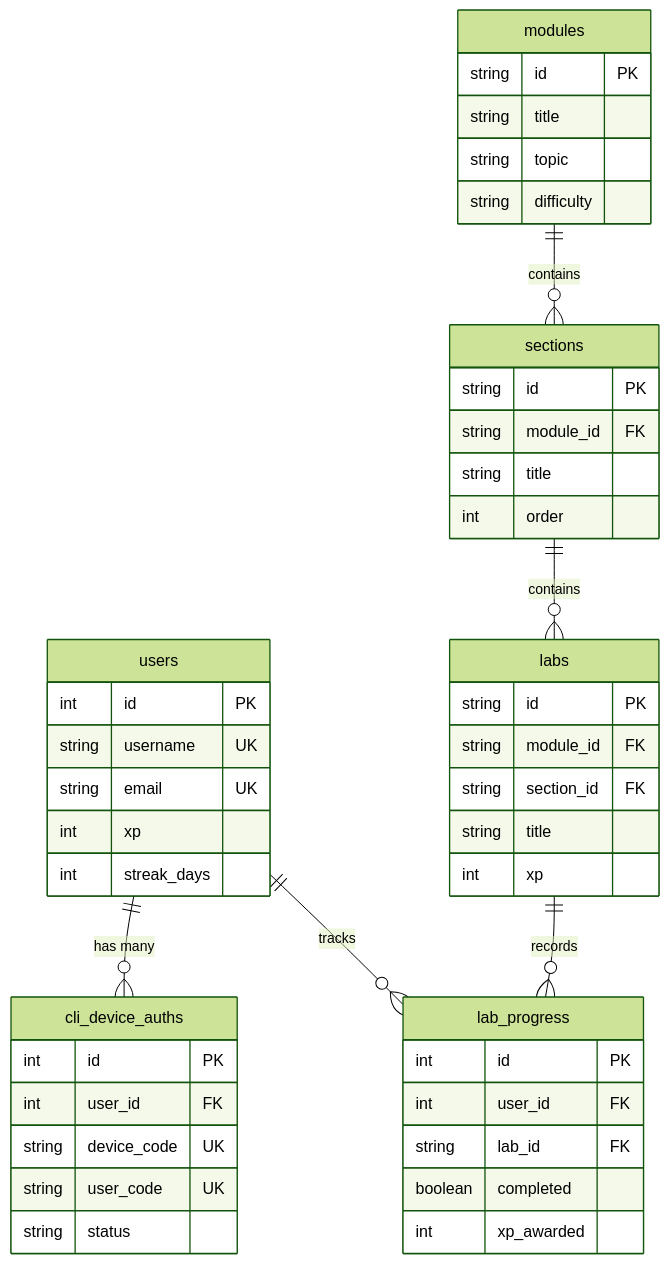
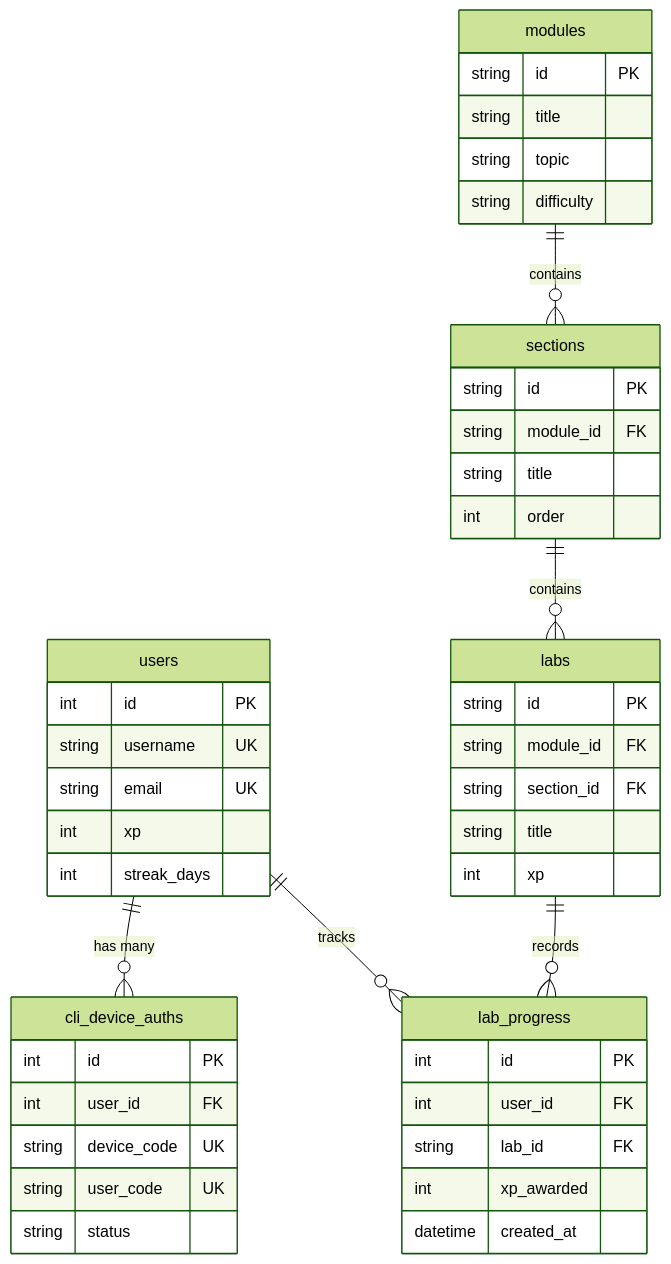
Before and after one commit to thelastdeploy/thelastdeploy: the diagram in landing/docs/architecture/database.md, drawn with Mermaid (forest theme). The commit also changed other lines of this file and 6 other files, not shown here.

````diff
--- a/landing/docs/architecture/database.md
+++ b/landing/docs/architecture/database.md
@@ -11,49 +11,49 @@
 ```mermaid
 erDiagram
     users ||--o{ cli_device_auths : "has many"
     users ||--o{ lab_progress : "tracks"
     modules ||--o{ sections : "contains"
     sections ||--o{ labs : "contains"
     labs ||--o{ lab_progress : "records"
 
     users {
         int id PK
         string username UK
         string email UK
         int xp
         int streak_days
     }
     cli_device_auths {
         int id PK
         int user_id FK
         string device_code UK
         string user_code UK
         string status
     }
     modules {
         string id PK
         string title
         string topic
         string difficulty
     }
     sections {
         string id PK
         string module_id FK
         string title
         int order
     }
     labs {
         string id PK
         string module_id FK
         string section_id FK
         string title
         int xp
     }
     lab_progress {
         int id PK
         int user_id FK
         string lab_id FK
-        boolean completed
         int xp_awarded
+        datetime created_at
     }
 ```
````
